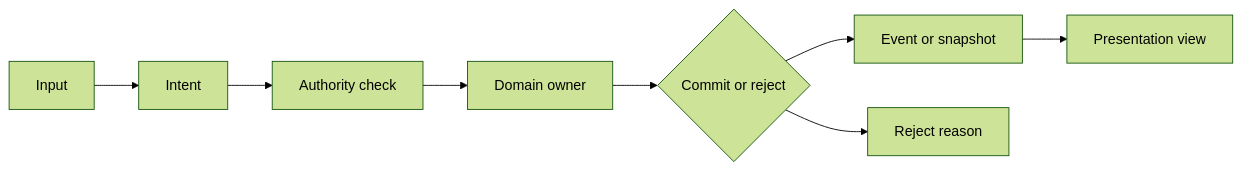
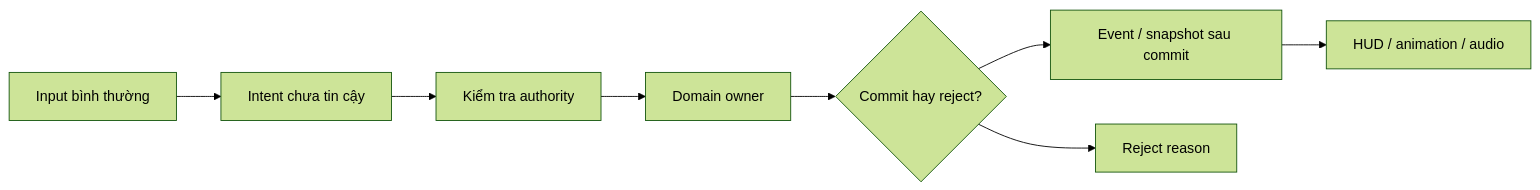
The diagram in index.md (SlimeVRX/Paldark-Docs), drawn with Mermaid (forest theme) before and after one commit. The commit also changed other lines of this file and 8 other files, not shown here.

````diff
--- a/index.md
+++ b/index.md
@@ -487,10 +72,10 @@
-~~~mermaid
+```mermaid
 flowchart LR
-  Input["Input"] --> Intent["Intent"]
-  Intent --> Authority["Authority check"]
+  Input["Input bình thường"] --> Intent["Intent chưa tin cậy"]
+  Intent --> Authority["Kiểm tra authority"]
   Authority --> Owner["Domain owner"]
-  Owner --> Decision{"Commit or reject"}
-  Decision --> Event["Event or snapshot"]
+  Owner --> Decision{"Commit hay reject?"}
+  Decision --> Event["Event / snapshot sau commit"]
   Decision --> Reject["Reject reason"]
-  Event --> View["Presentation view"]
-~~~
+  Event --> Presentation["HUD / animation / audio"]
+```
````
